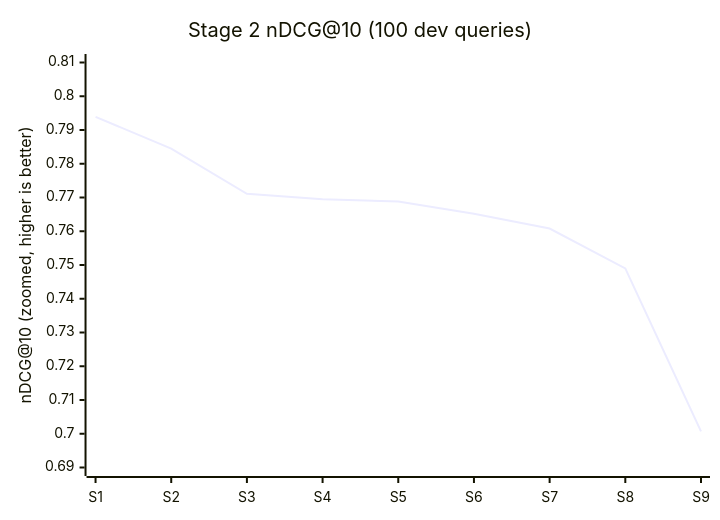
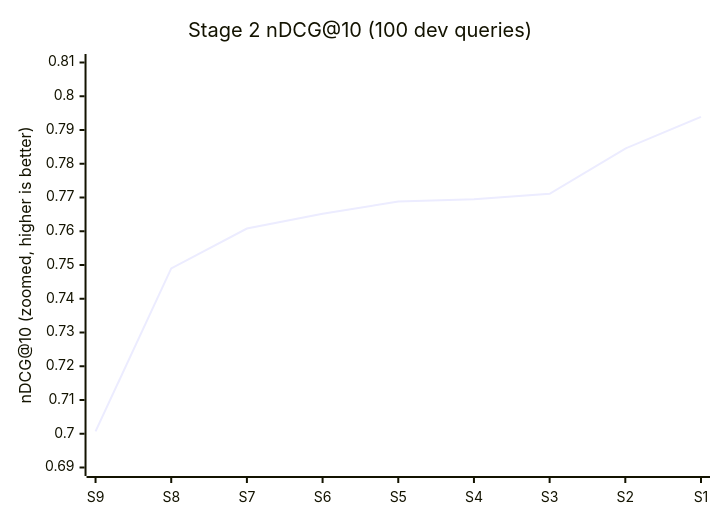
One commit to sidagarwal-labs/arxiv-search changed the third of 3 diagrams in docs/06-charts.md. Above: the diagram before and after it, drawn with Mermaid. The commit also changed other lines of this file and 2 other files, not shown here.

First line of the commit message:
Order comparison charts by increasing score

````diff
--- a/docs/06-charts.md
+++ b/docs/06-charts.md
@@ -61,7 +61,7 @@
 ```mermaid
 xychart-beta
     title "Stage 2 nDCG@10 (100 dev queries)"
-    x-axis [S1, S2, S3, S4, S5, S6, S7, S8, S9]
+    x-axis [S9, S8, S7, S6, S5, S4, S3, S2, S1]
     y-axis "nDCG@10 (zoomed, higher is better)" 0.69 --> 0.81
-    line [0.7939, 0.7845, 0.7711, 0.7695, 0.7688, 0.7652, 0.7608, 0.7490, 0.7007]
+    line [0.7007, 0.7490, 0.7608, 0.7652, 0.7688, 0.7695, 0.7711, 0.7845, 0.7939]
 ```
````
